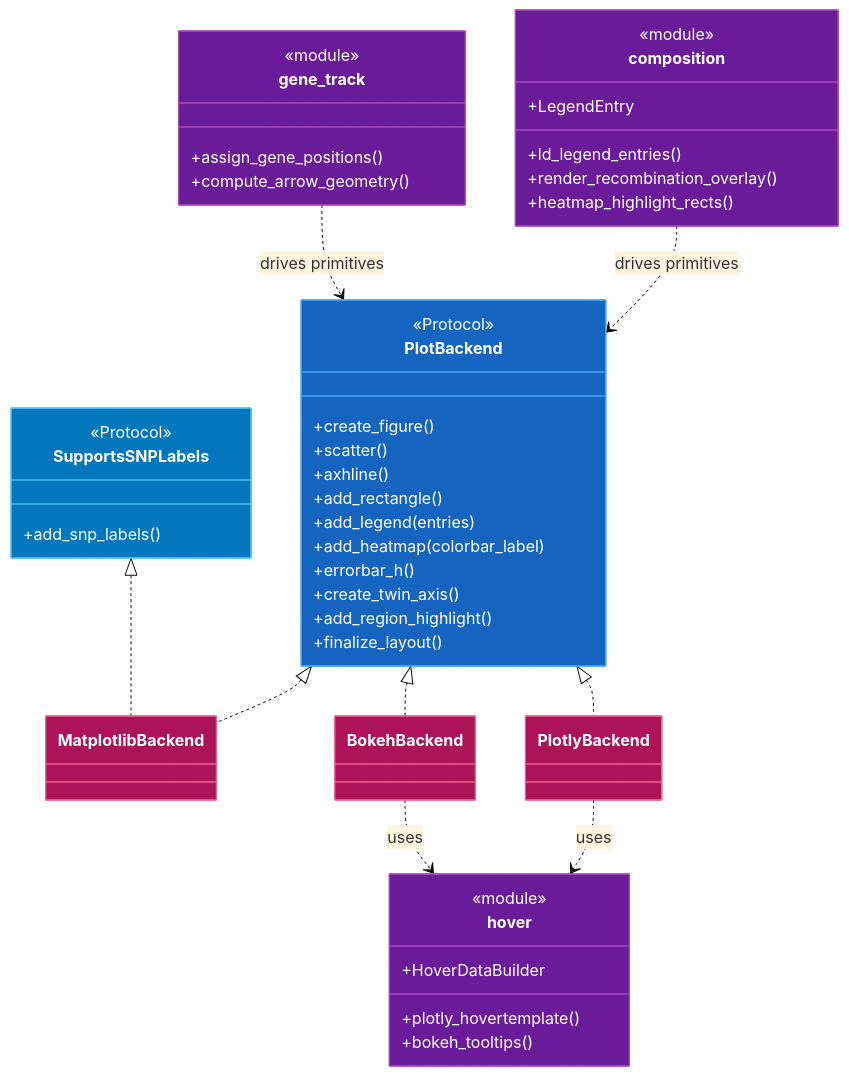
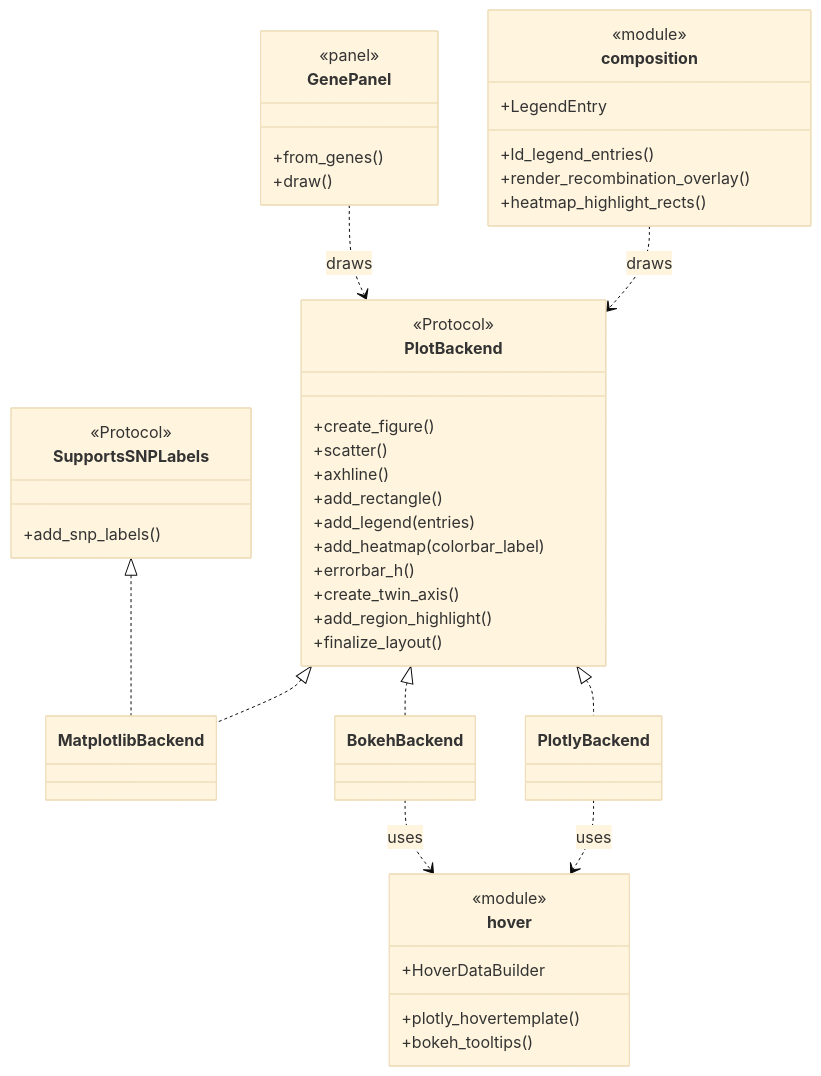
Before and after one commit to michael-denyer/pyLocusZoom: the third of 3 diagrams in docs/CODEMAP.md, drawn with Mermaid (base theme). The commit also changed other lines of this file and 24 other files, not shown here.

````diff
--- a/docs/CODEMAP.md
+++ b/docs/CODEMAP.md
@@ -373,59 +413,50 @@
 ```mermaid
 classDiagram
     class PlotBackend {
         <<Protocol>>
         +create_figure()
         +scatter()
         +axhline()
         +add_rectangle()
         +add_legend(entries)
         +add_heatmap(colorbar_label)
         +errorbar_h()
         +create_twin_axis()
         +add_region_highlight()
         +finalize_layout()
     }
     class SupportsSNPLabels {
         <<Protocol>>
         +add_snp_labels()
     }
     class composition {
         <<module>>
         +LegendEntry
         +ld_legend_entries()
         +render_recombination_overlay()
         +heatmap_highlight_rects()
     }
     class hover {
         <<module>>
         +HoverDataBuilder
         +plotly_hovertemplate()
         +bokeh_tooltips()
     }
-    class gene_track {
-        <<module>>
-        +assign_gene_positions()
-        +compute_arrow_geometry()
+    class GenePanel {
+        <<panel>>
+        +from_genes()
+        +draw()
     }
     class MatplotlibBackend
     class PlotlyBackend
     class BokehBackend
 
     PlotBackend <|.. MatplotlibBackend
     PlotBackend <|.. PlotlyBackend
     PlotBackend <|.. BokehBackend
     SupportsSNPLabels <|.. MatplotlibBackend
-    composition ..> PlotBackend : drives primitives
-    gene_track ..> PlotBackend : drives primitives
+    composition ..> PlotBackend : draws
+    GenePanel ..> PlotBackend : draws
     PlotlyBackend ..> hover : uses
     BokehBackend ..> hover : uses
-
-    style PlotBackend fill:#1565c0,stroke:#42a5f5,color:#ffffff
-    style SupportsSNPLabels fill:#0277bd,stroke:#4fc3f7,color:#ffffff
-    style MatplotlibBackend fill:#ad1457,stroke:#f06292,color:#ffffff
-    style PlotlyBackend fill:#ad1457,stroke:#f06292,color:#ffffff
-    style BokehBackend fill:#ad1457,stroke:#f06292,color:#ffffff
-    style composition fill:#6a1b9a,stroke:#ab47bc,color:#ffffff
-    style hover fill:#6a1b9a,stroke:#ab47bc,color:#ffffff
-    style gene_track fill:#6a1b9a,stroke:#ab47bc,color:#ffffff
 ```
````
